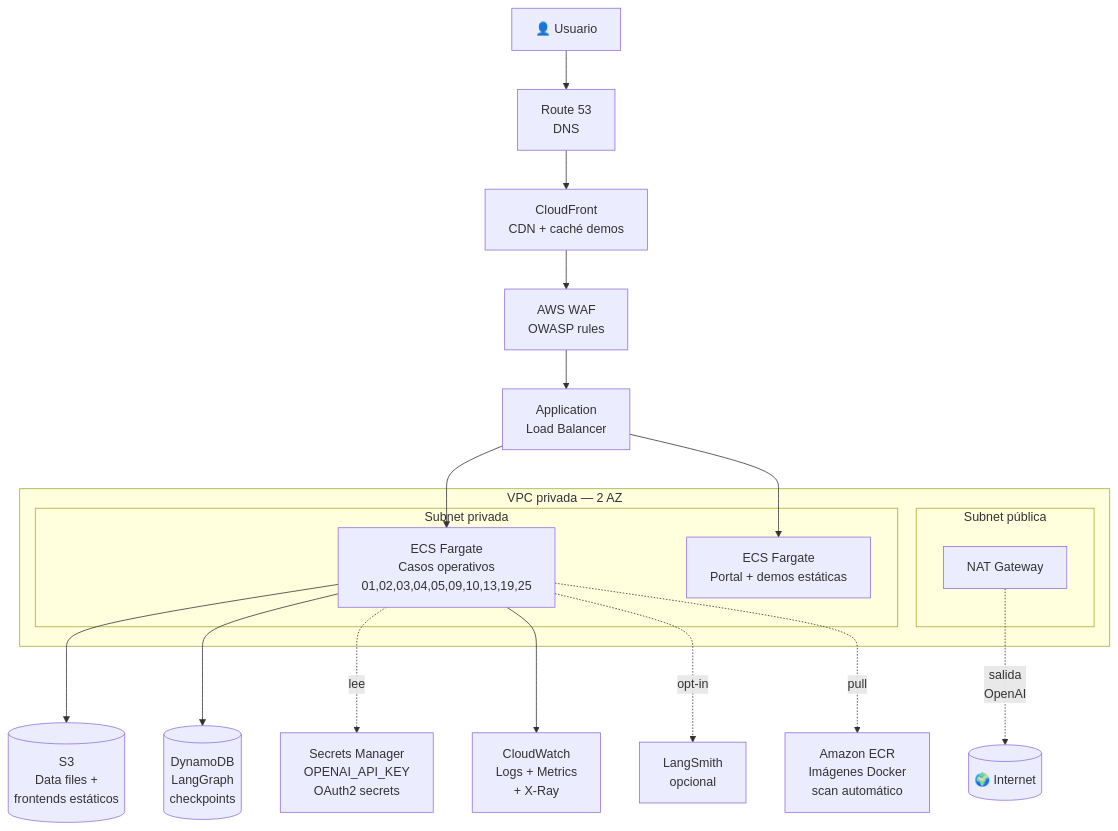
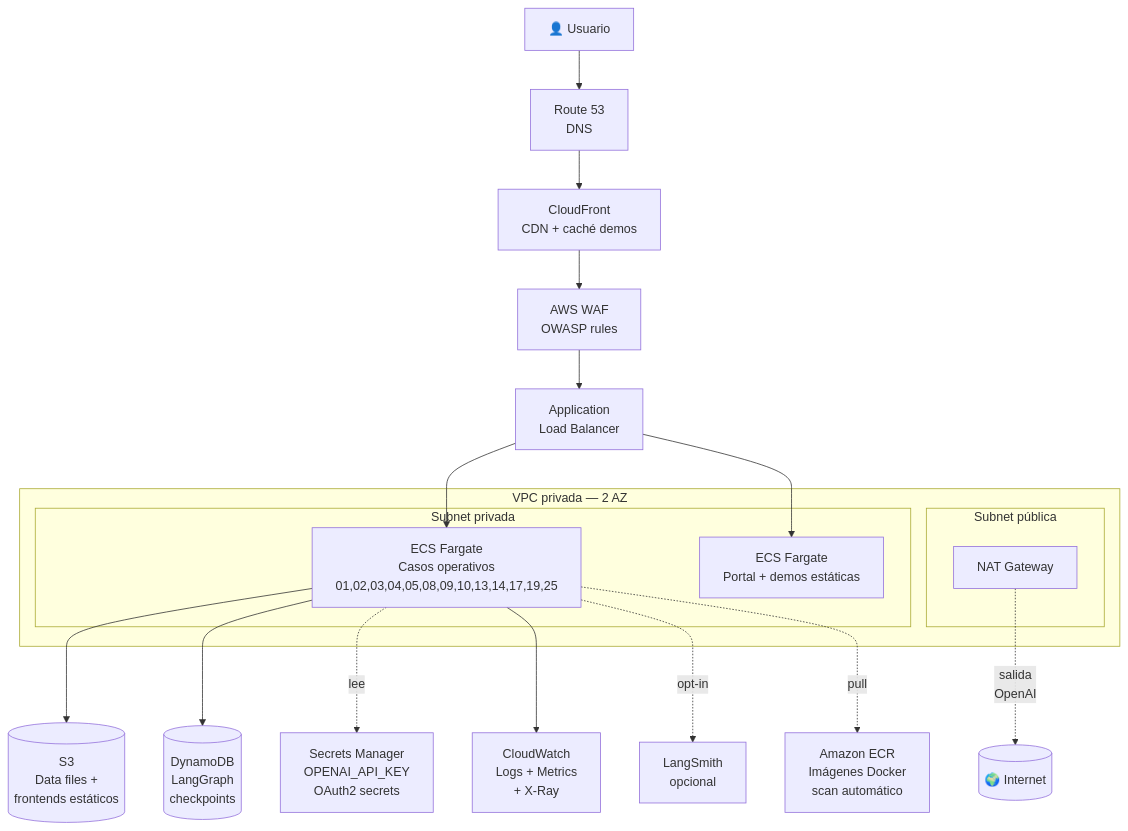
One commit to vladimiracunadev-create/langgraph-realworld changed the first of 5 diagrams in docs/CLOUD_AWS.md. Above: the diagram before and after it, drawn with Mermaid. The commit also changed other lines of this file and 84 other files, not shown here.

First line of the commit message:
feat: 3 nuevos casos OPERATIVOS (17, 08, 14) + barrido docs v4.5.0

````diff
--- a/docs/CLOUD_AWS.md
+++ b/docs/CLOUD_AWS.md
@@ -29,36 +29,36 @@
 ```mermaid
 flowchart TB
     User[👤 Usuario]
     R53[Route 53<br/>DNS]
     CF[CloudFront<br/>CDN + caché demos]
     WAF[AWS WAF<br/>OWASP rules]
     ALB[Application<br/>Load Balancer]
 
     subgraph VPC["VPC privada — 2 AZ"]
         subgraph Public["Subnet pública"]
             NAT[NAT Gateway]
         end
         subgraph Private["Subnet privada"]
-            ECS1[ECS Fargate<br/>Casos operativos<br/>01,02,03,04,05,09,10,13,19,25]
+            ECS1[ECS Fargate<br/>Casos operativos<br/>01,02,03,04,05,08,09,10,13,14,17,19,25]
             ECS2[ECS Fargate<br/>Portal + demos estáticas]
         end
     end
 
     S3[(S3<br/>Data files +<br/>frontends estáticos)]
     DDB[(DynamoDB<br/>LangGraph<br/>checkpoints)]
     SM[Secrets Manager<br/>OPENAI_API_KEY<br/>OAuth2 secrets]
     ECR[Amazon ECR<br/>Imágenes Docker<br/>scan automático]
     CW[CloudWatch<br/>Logs + Metrics<br/>+ X-Ray]
     LS[LangSmith<br/>opcional]
 
     User --> R53 --> CF --> WAF --> ALB
     ALB --> ECS1
     ALB --> ECS2
     ECS1 --> S3
     ECS1 --> DDB
     ECS1 -.lee.-> SM
     ECS1 --> CW
     ECS1 -.opt-in.-> LS
     ECS1 -.pull.-> ECR
     NAT -.salida<br/>OpenAI.-> Internet[(🌍 Internet)]
 ```
````
